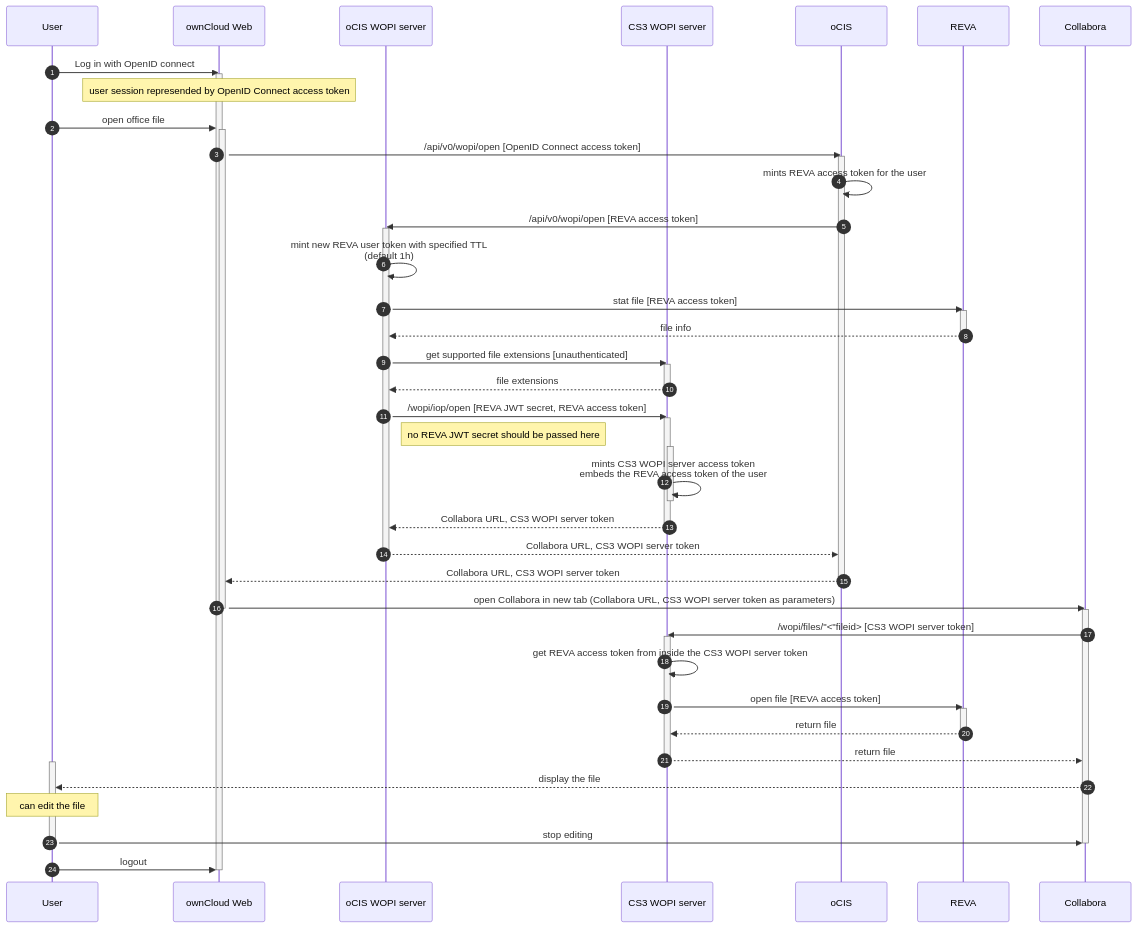
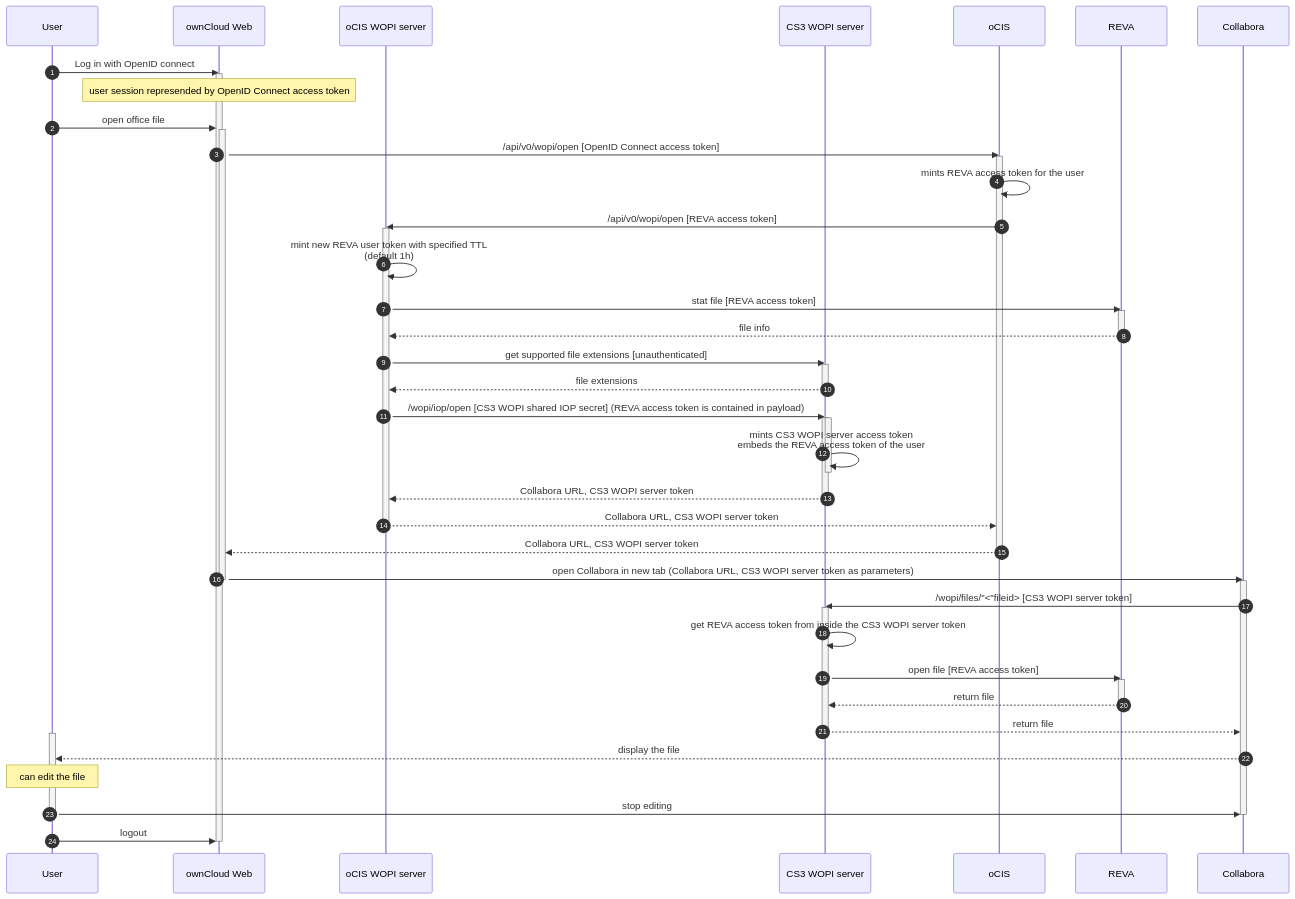
Before and after one commit to owncloud/ocis-wopiserver: the diagram in docs/extensions/wopiserver/_index.md, drawn with Mermaid. The commit also changed 3 other files, not shown here.

Commit message:
fix shared iop secret

```diff
--- a/docs/extensions/wopiserver/_index.md
+++ b/docs/extensions/wopiserver/_index.md
@@ -49,9 +49,8 @@
 					deactivate CS3 WOPI server
 
 
-                    oCIS WOPI server ->> CS3 WOPI server: /wopi/iop/open [REVA JWT secret, REVA access token]
+                    oCIS WOPI server ->> CS3 WOPI server: /wopi/iop/open [CS3 WOPI shared IOP secret] (REVA access token is contained in payload)
 					activate CS3 WOPI server
-					Note right of oCIS WOPI server: no REVA JWT secret should be passed here
 
                         activate CS3 WOPI server
 
```
